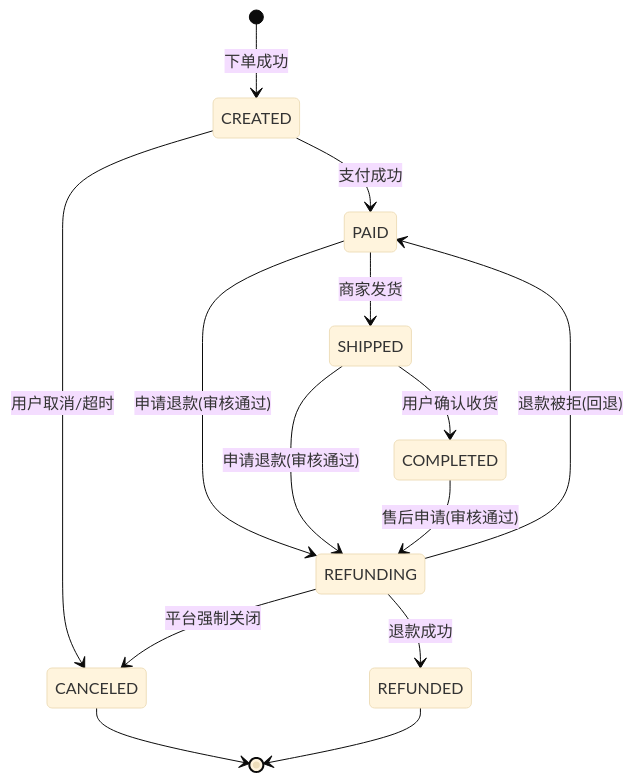
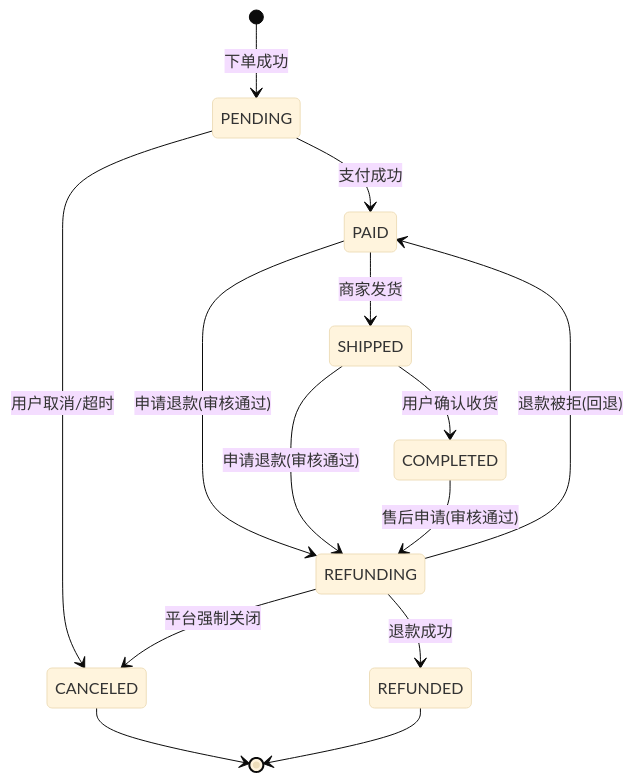
The sixth of 18 diagrams in .dev/docs/2. 设计阶段/07-模块详细设计.md (YiRancrazy/minimail_end_system), drawn with Mermaid (base theme) before and after one commit. The commit also changed other lines of this file and 85 other files, not shown here.

````diff
--- a/.dev/docs/2. 设计阶段/07-模块详细设计.md
+++ b/.dev/docs/2. 设计阶段/07-模块详细设计.md
@@ -311,16 +311,16 @@
 ```mermaid
 stateDiagram-v2
-    [*] --> CREATED : 下单成功
-    CREATED --> PAID : 支付成功
-    CREATED --> CANCELED : 用户取消/超时
+    [*] --> PENDING : 下单成功
+    PENDING --> PAID : 支付成功
+    PENDING --> CANCELED : 用户取消/超时
     PAID --> SHIPPED : 商家发货
     PAID --> REFUNDING : 申请退款(审核通过)
     SHIPPED --> COMPLETED : 用户确认收货
     SHIPPED --> REFUNDING : 申请退款(审核通过)
     REFUNDING --> REFUNDED : 退款成功
     REFUNDING --> PAID : 退款被拒(回退)
     REFUNDING --> CANCELED : 平台强制关闭
     COMPLETED --> REFUNDING : 售后申请(审核通过)
     CANCELED --> [*]
     REFUNDED --> [*]
 ```
````
